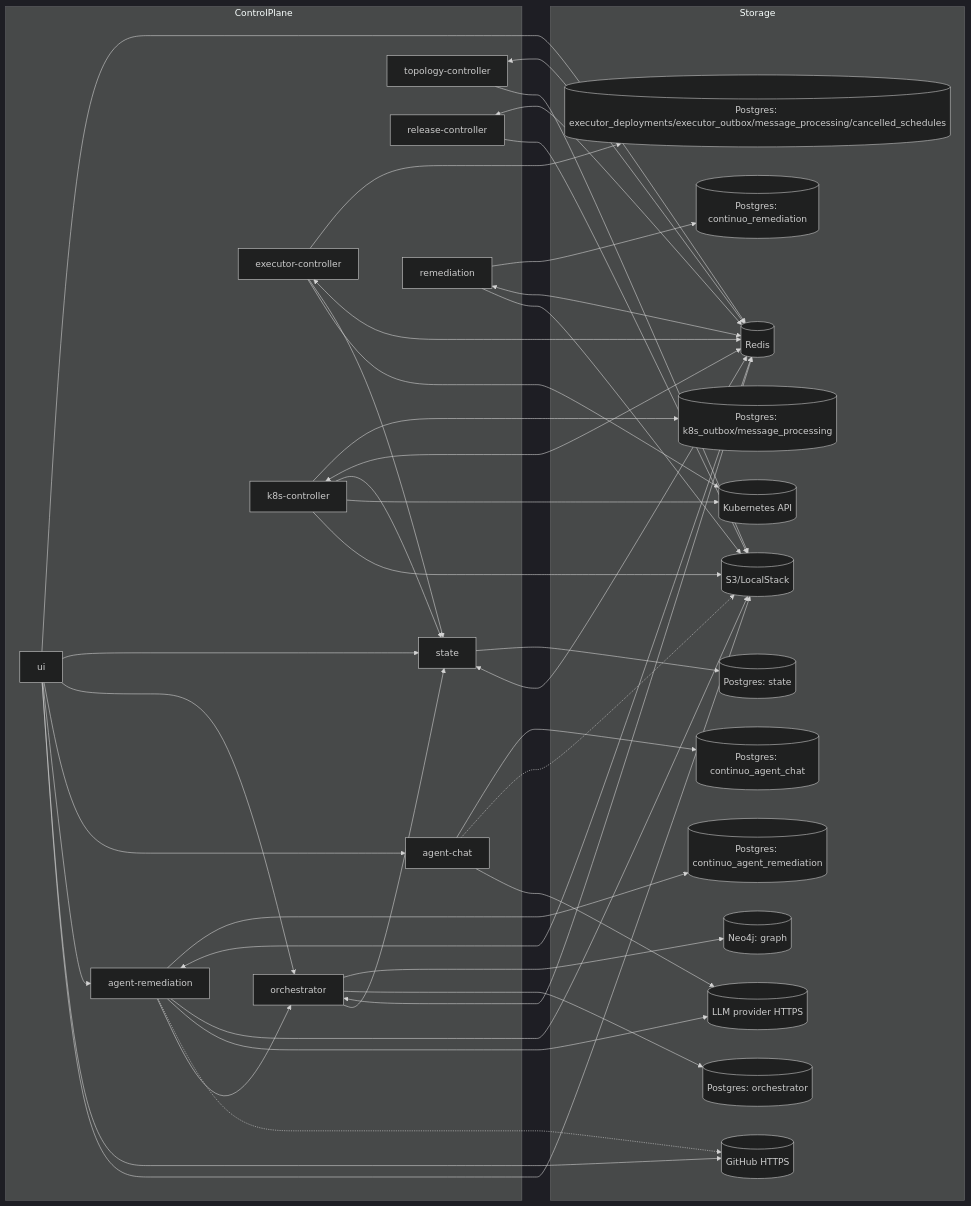
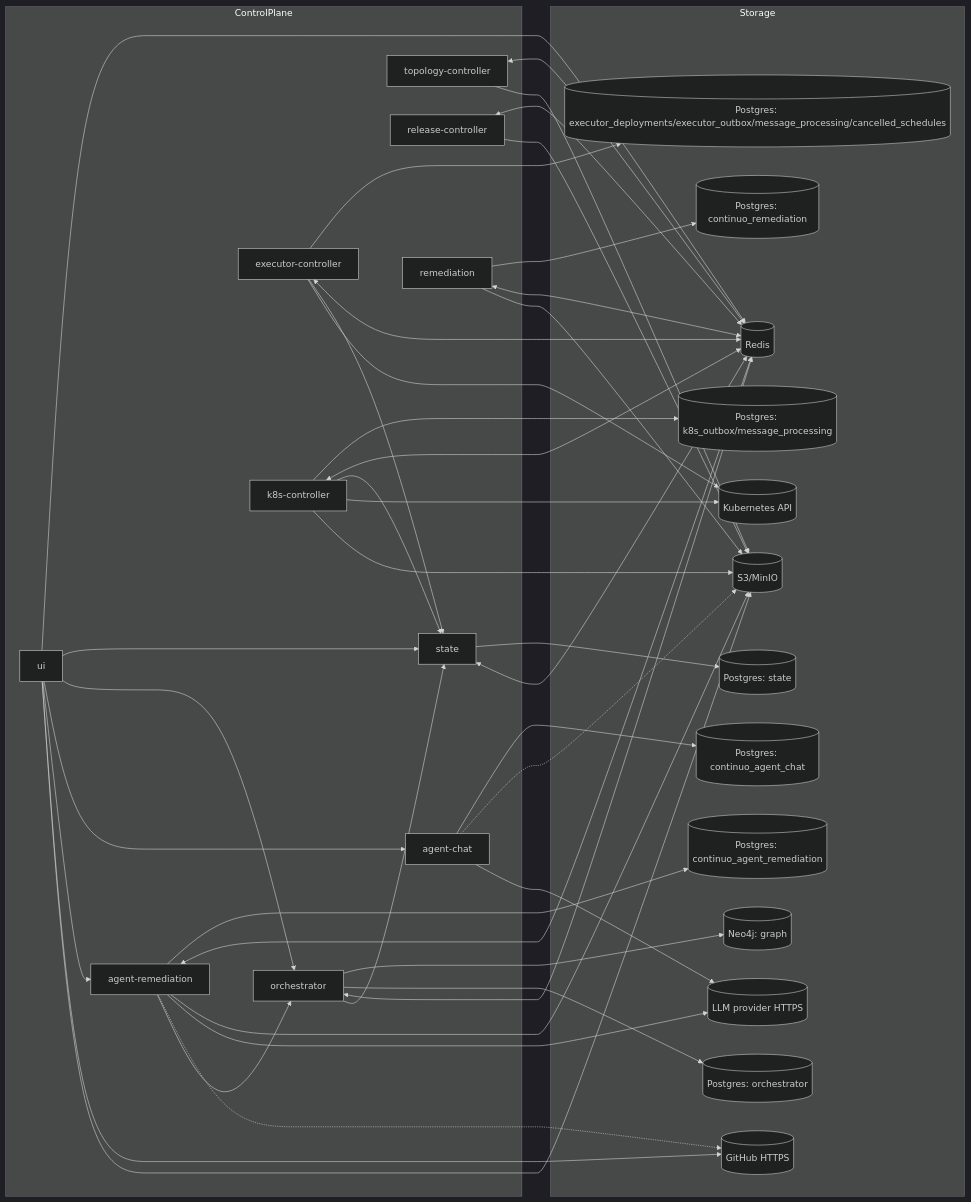
Before and after one commit to carolsimone/continuo: the first of 2 diagrams in docs/arch/01-topology.md, drawn with Mermaid (dark theme). The commit also changed 34 other files, not shown here.

First line of the commit message:
refactor(dev-stack): replace LocalStack with MinIO for local S3 (#465)

````diff
--- a/docs/arch/01-topology.md
+++ b/docs/arch/01-topology.md
@@ -5,73 +5,73 @@
 ```mermaid
 flowchart LR
   subgraph ControlPlane
     ST[state]
     OR[orchestrator]
     EC[executor-controller]
     KC[k8s-controller]
     MC[topology-controller]
     RC[release-controller]
     UI[ui]
     AR[agent-chat]
     REM[remediation]
     REMA[agent-remediation]
   end
 
   subgraph Storage
     STDB[(Postgres: state)]
     ORPG[(Postgres: orchestrator)]
     GRDB[(Neo4j: graph)]
     ECPG[(Postgres: executor_deployments/executor_outbox/message_processing/cancelled_schedules)]
     KCPG[(Postgres: k8s_outbox/message_processing)]
     AGPG[(Postgres: continuo_agent_chat)]
     REMPG[(Postgres: continuo_remediation)]
     REMAGPG[(Postgres: continuo_agent_remediation)]
-    S3[(S3/LocalStack)]
+    S3[(S3/MinIO)]
     K8S[(Kubernetes API)]
     R[(Redis)]
     LLM[(LLM provider HTTPS)]
     GH[(GitHub HTTPS)]
   end
 
   ST --> STDB
   OR --> GRDB
   OR --> ORPG
   EC --> ECPG
   KC --> KCPG
   AR --> AGPG
   REM --> REMPG
   REMA --> REMAGPG
 
   ST <--> R
   OR <--> R
   EC <--> R
   KC <--> R
   MC <--> R
   RC <--> R
   UI --> R
   REM <--> R
   REMA <--> R
 
   OR --> ST
   EC --> ST
   KC --> ST
   UI --> ST
   UI --> OR
   UI --> AR
   UI --> REMA
   UI --> GH
 
   EC --> K8S
   KC --> K8S
   KC --> S3
   MC --> S3
   RC --> S3
   AR -.-> S3
   AR --> LLM
   REM --> S3
   REMA --> S3
   REMA --> LLM
   REMA -.-> GH
   REMA --> OR
   UI --> S3
 ```
````
